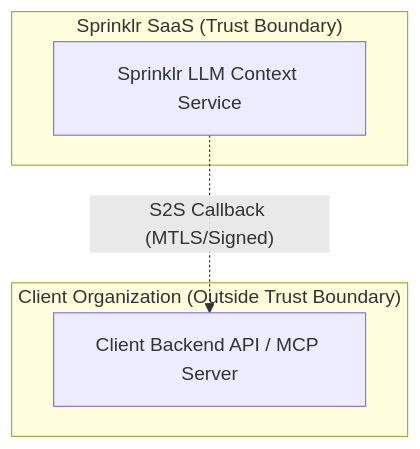
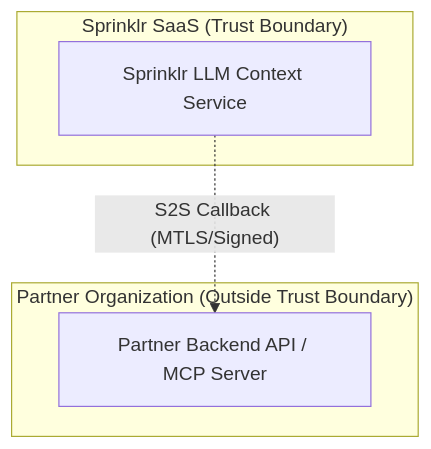
One commit to studiogangster/task-threat-model-realtime-livechat changed the third of 3 diagrams in docs/2. Secure Architecture/trust_boundary.md. Above: the diagram before and after it, drawn with Mermaid. The commit also changed other lines of this file and 3 other files, not shown here.

````diff
--- a/docs/2. Secure Architecture/trust_boundary.md
+++ b/docs/2. Secure Architecture/trust_boundary.md
@@ -76,11 +76,11 @@
 ```mermaid
 flowchart TD
   subgraph Sprinklr_SaaS ["Sprinklr SaaS (Trust Boundary)"]
     LLM["Sprinklr LLM Context Service"]
   end
-  subgraph Client_Org ["Client Organization (Outside Trust Boundary)"]
-    CB["Client Backend API / MCP Server"]
+  subgraph Partner_Org ["Partner Organization (Outside Trust Boundary)"]
+    CB["Partner Backend API / MCP Server"]
   end
 
   LLM -. "S2S Callback (MTLS/Signed)" .-> CB
 ```
````
